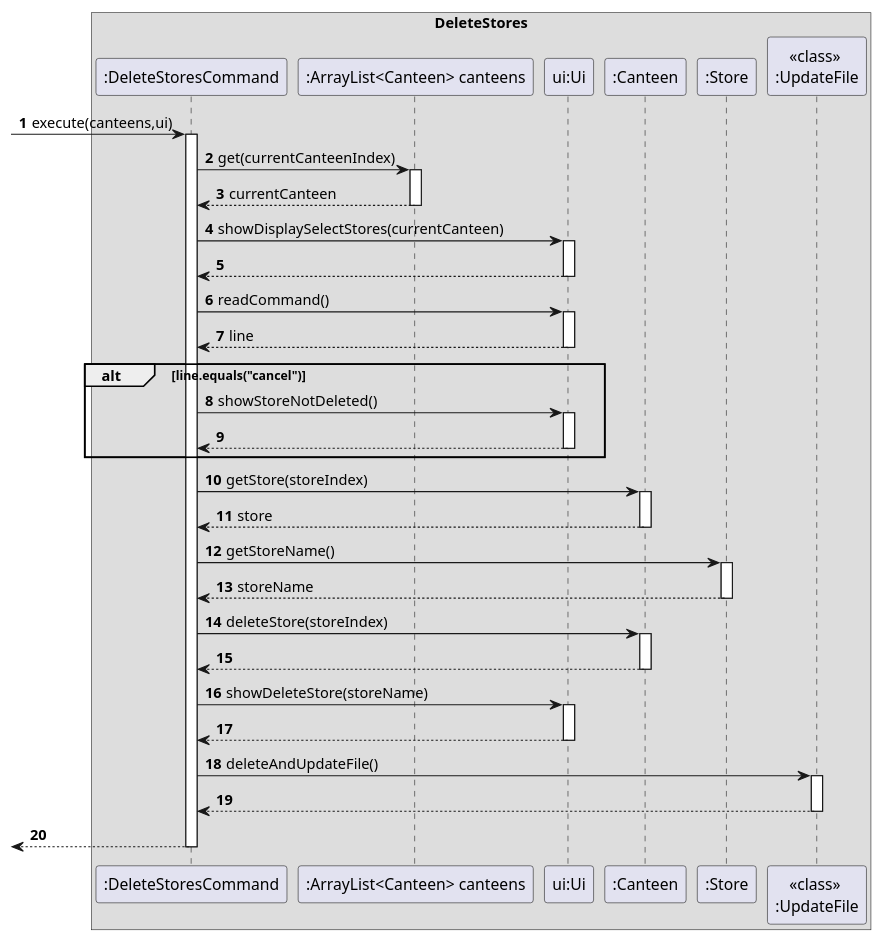
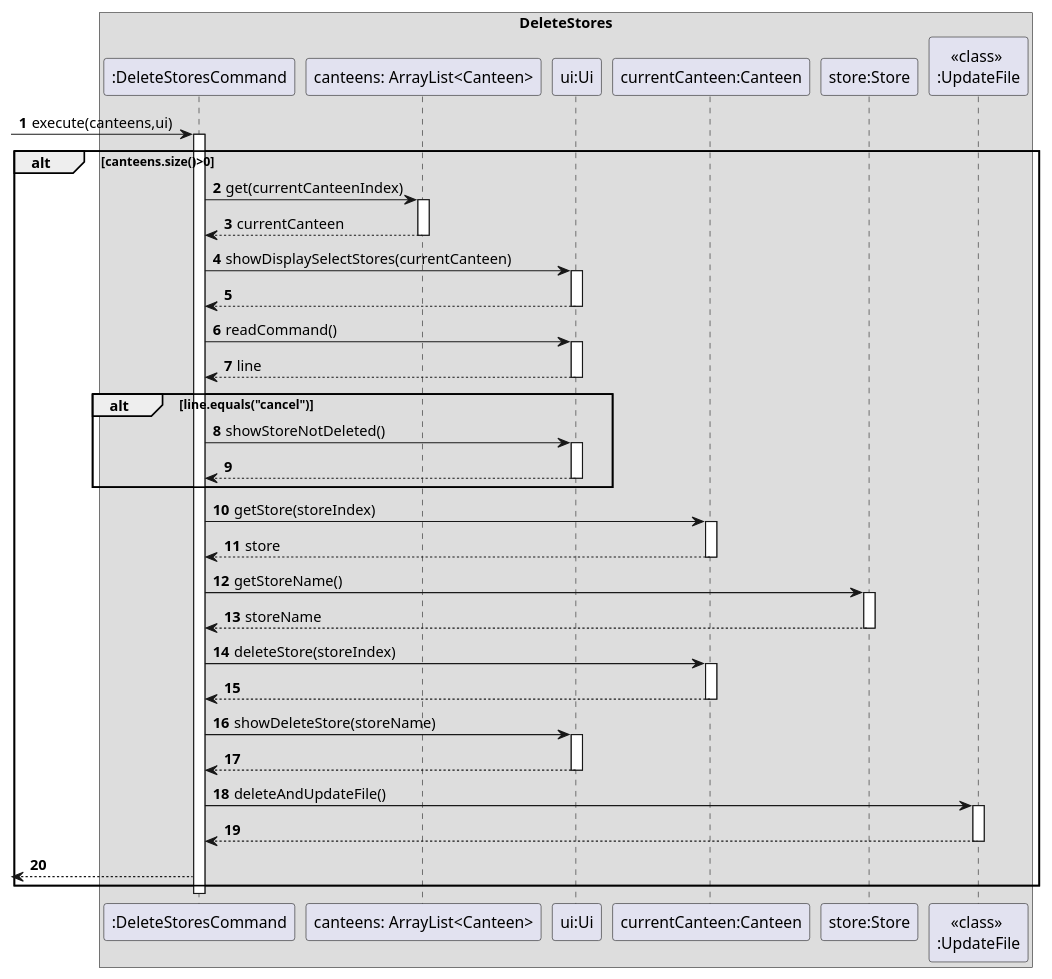
Before and after one commit to nagiteja/tp: the diagram in docs/PlantUML/DeleteStore.puml, drawn with PlantUML. The commit also changed 11 other files, not shown here.

Commit message:
add javadoc to read reviews, delete reviews, delete store

```diff
--- a/docs/PlantUML/DeleteStore.puml
+++ b/docs/PlantUML/DeleteStore.puml
@@ -1,50 +1,52 @@
 @startuml
 'https://plantuml.com/sequence-diagram
 
 autonumber
 box DeleteStores
 
 
 ->":DeleteStoresCommand": execute(canteens,ui)
 activate ":DeleteStoresCommand"
-    ":DeleteStoresCommand"->":ArrayList<Canteen> canteens":get(currentCanteenIndex)
-    activate ":ArrayList<Canteen> canteens"
-    ":ArrayList<Canteen> canteens"-->":DeleteStoresCommand":currentCanteen
-    deactivate ":ArrayList<Canteen> canteens"
+alt canteens.size()>0
+    ":DeleteStoresCommand"->"canteens: ArrayList<Canteen>":get(currentCanteenIndex)
+    activate "canteens: ArrayList<Canteen>"
+    "canteens: ArrayList<Canteen>"-->":DeleteStoresCommand":currentCanteen
+    deactivate "canteens: ArrayList<Canteen>"
     ":DeleteStoresCommand"->"ui:Ui":showDisplaySelectStores(currentCanteen)
     activate "ui:Ui"
     "ui:Ui"-->":DeleteStoresCommand"
     deactivate "ui:Ui"
     ":DeleteStoresCommand"->"ui:Ui":readCommand()
     activate "ui:Ui"
     "ui:Ui"-->":DeleteStoresCommand":line
     deactivate "ui:Ui"
     alt line.equals("cancel")
         ":DeleteStoresCommand"->"ui:Ui":showStoreNotDeleted()
         activate "ui:Ui"
         "ui:Ui"-->":DeleteStoresCommand"
         deactivate "ui:Ui"
     end
-    ":DeleteStoresCommand"->":Canteen":getStore(storeIndex)
-    activate ":Canteen"
-    ":Canteen"-->":DeleteStoresCommand":store
-    deactivate ":Canteen"
-    ":DeleteStoresCommand"->":Store":getStoreName()
-    activate ":Store"
-    ":Store" --> ":DeleteStoresCommand": storeName
-    deactivate ":Store"
-    ":DeleteStoresCommand"->":Canteen":deleteStore(storeIndex)
-    activate ":Canteen"
-    ":Canteen"-->":DeleteStoresCommand"
-    deactivate ":Canteen"
+    ":DeleteStoresCommand"->"currentCanteen:Canteen":getStore(storeIndex)
+    activate "currentCanteen:Canteen"
+    "currentCanteen:Canteen"-->":DeleteStoresCommand":store
+    deactivate "currentCanteen:Canteen"
+    ":DeleteStoresCommand"->"store:Store":getStoreName()
+    activate "store:Store"
+    "store:Store" --> ":DeleteStoresCommand": storeName
+    deactivate "store:Store"
+    ":DeleteStoresCommand"->"currentCanteen:Canteen":deleteStore(storeIndex)
+    activate "currentCanteen:Canteen"
+    "currentCanteen:Canteen"-->":DeleteStoresCommand"
+    deactivate "currentCanteen:Canteen"
     ":DeleteStoresCommand"->"ui:Ui":showDeleteStore(storeName)
     activate "ui:Ui"
     "ui:Ui"-->":DeleteStoresCommand"
     deactivate "ui:Ui"
     ":DeleteStoresCommand"->"<<class>> \n:UpdateFile":deleteAndUpdateFile()
     activate "<<class>> \n:UpdateFile"
     "<<class>> \n:UpdateFile" -->":DeleteStoresCommand"
     deactivate "<<class>> \n:UpdateFile"
 <--":DeleteStoresCommand"
+end
 deactivate ":DeleteStoresCommand"
 @enduml
```
